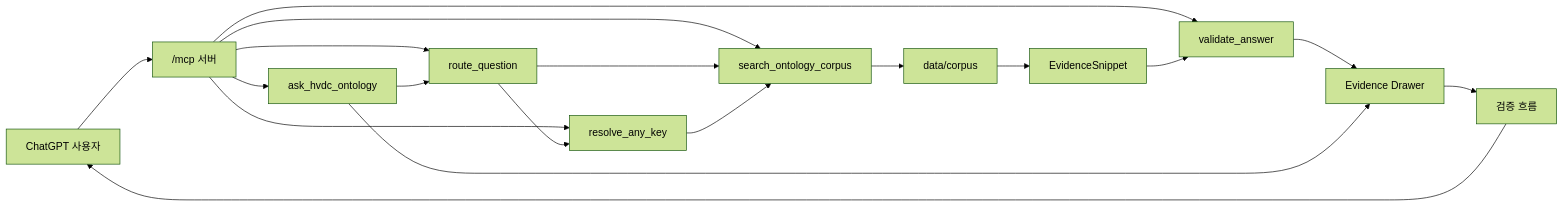
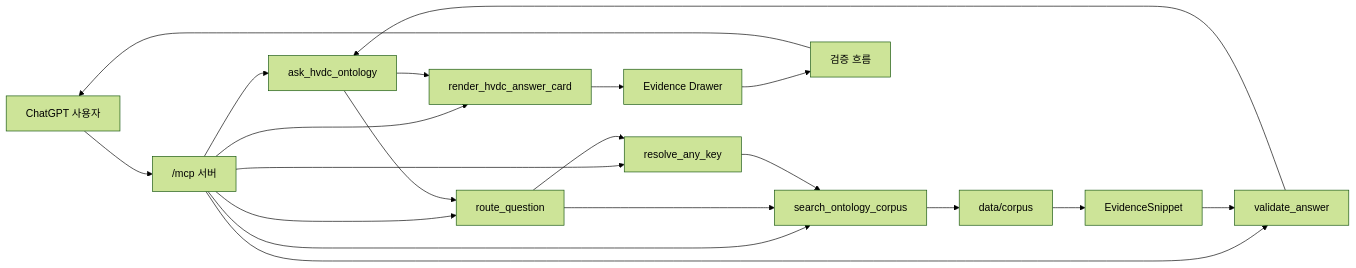
One commit to macho715/SCT_ONTOLOGY changed the diagram in README.md. Above: the diagram before and after it, drawn with Mermaid (forest theme). The commit also changed other lines of this file and 13 other files, not shown here.

Commit message:
Isolate HVDC card UI fallback status

````diff
--- a/README.md
+++ b/README.md
@@ -46,20 +47,22 @@
 ```mermaid
 flowchart LR
   User["ChatGPT 사용자"] --> Mcp["/mcp 서버"]
   Mcp --> Ask["ask_hvdc_ontology"]
+  Mcp --> Render["render_hvdc_answer_card"]
   Mcp --> Route["route_question"]
   Mcp --> Search["search_ontology_corpus"]
   Mcp --> Resolve["resolve_any_key"]
   Mcp --> Validate["validate_answer"]
   Ask --> Route
   Route --> Search
   Route --> Resolve
   Resolve --> Search
   Search --> Corpus["data/corpus"]
   Corpus --> Evidence["EvidenceSnippet"]
   Evidence --> Validate
-  Validate --> Drawer["Evidence Drawer"]
-  Ask --> Drawer
+  Validate --> Ask
+  Ask --> Render
+  Render --> Drawer["Evidence Drawer"]
   Drawer --> Review["검증 흐름"]
   Review --> User
 ```
````
